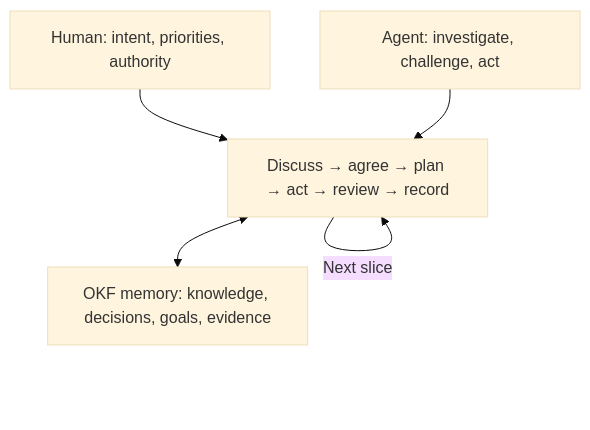
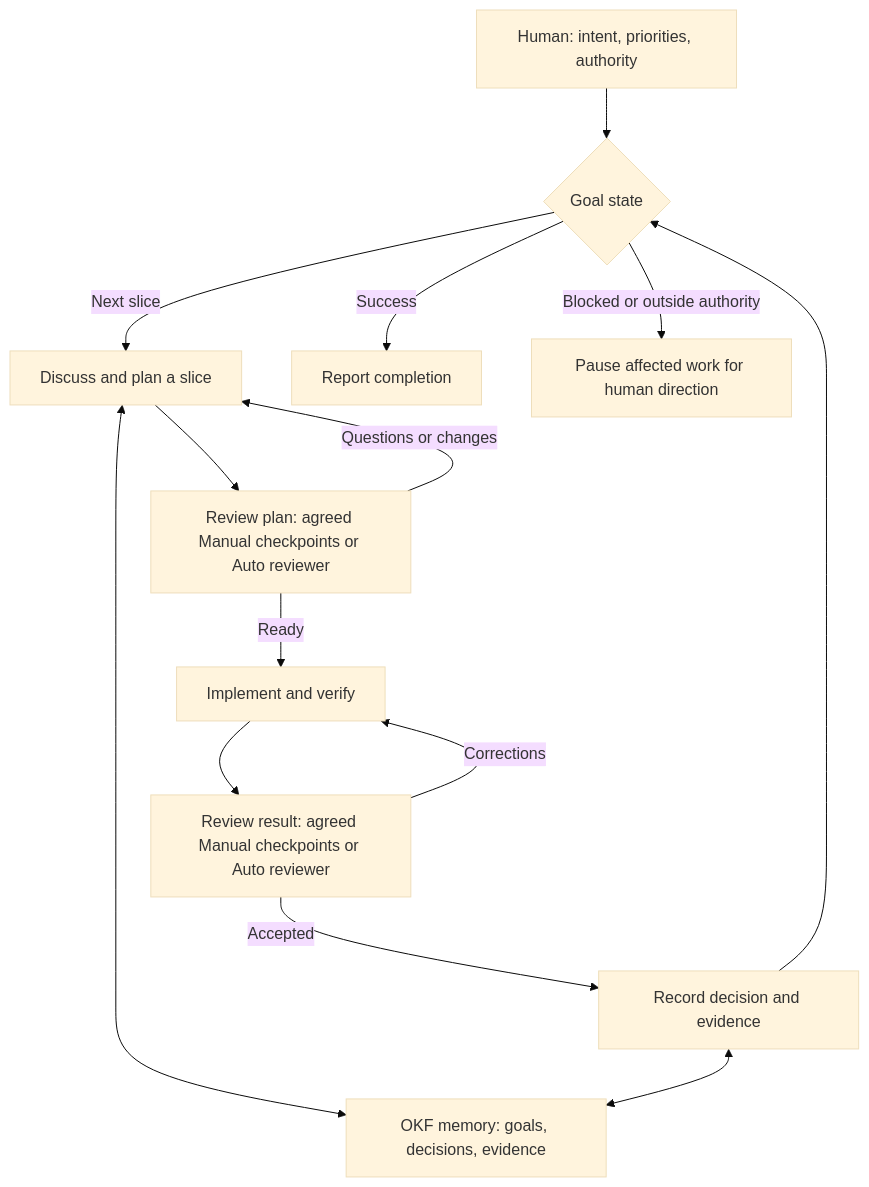
The diagram in README.md (rokerzsa/agent-skills), drawn with Mermaid (base theme) before and after one commit. The commit also changed other lines of this file and 3 other files, not shown here.

Commit message:
feat: add goal work modes

````diff
--- a/README.md
+++ b/README.md
@@ -13,7 +17,16 @@
 ```mermaid
 flowchart TD
-    H["Human: intent, priorities, authority"] --> W
-    A["Agent: investigate, challenge, act"] --> W
-    W["Discuss → agree → plan → act → review → record"] <--> M["OKF memory: knowledge, decisions, goals, evidence"]
-    W -->|Next slice| W
+    H["Human: intent, priorities, authority"] --> D{"Goal state"}
+    D -->|Next slice| W["Discuss and plan a slice"]
+    W --> P["Review plan: agreed Manual checkpoints or Auto reviewer"]
+    P -->|Questions or changes| W
+    P -->|Ready| I["Implement and verify"]
+    I --> R["Review result: agreed Manual checkpoints or Auto reviewer"]
+    R -->|Corrections| I
+    R -->|Accepted| N["Record decision and evidence"]
+    N --> D
+    D -->|Success| E["Report completion"]
+    D -->|Blocked or outside authority| B["Pause affected work for human direction"]
+    W <--> M["OKF memory: goals, decisions, evidence"]
+    N <--> M
 ```
````
